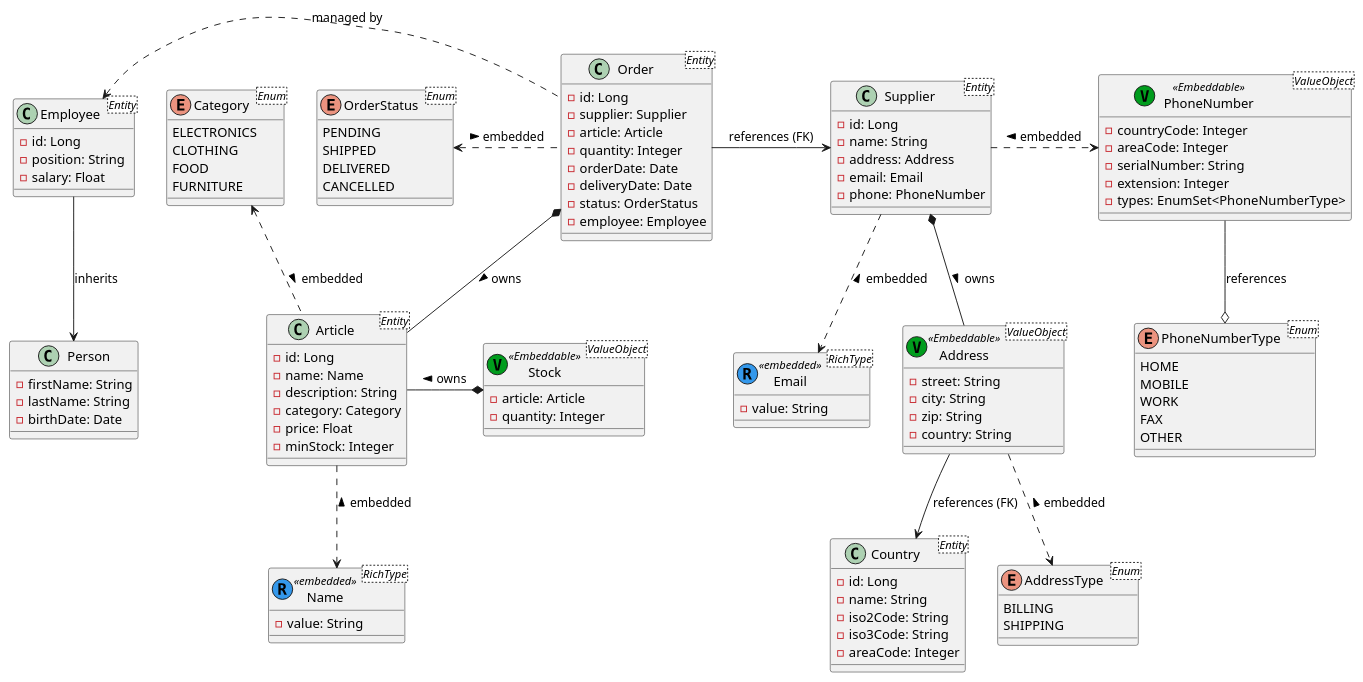
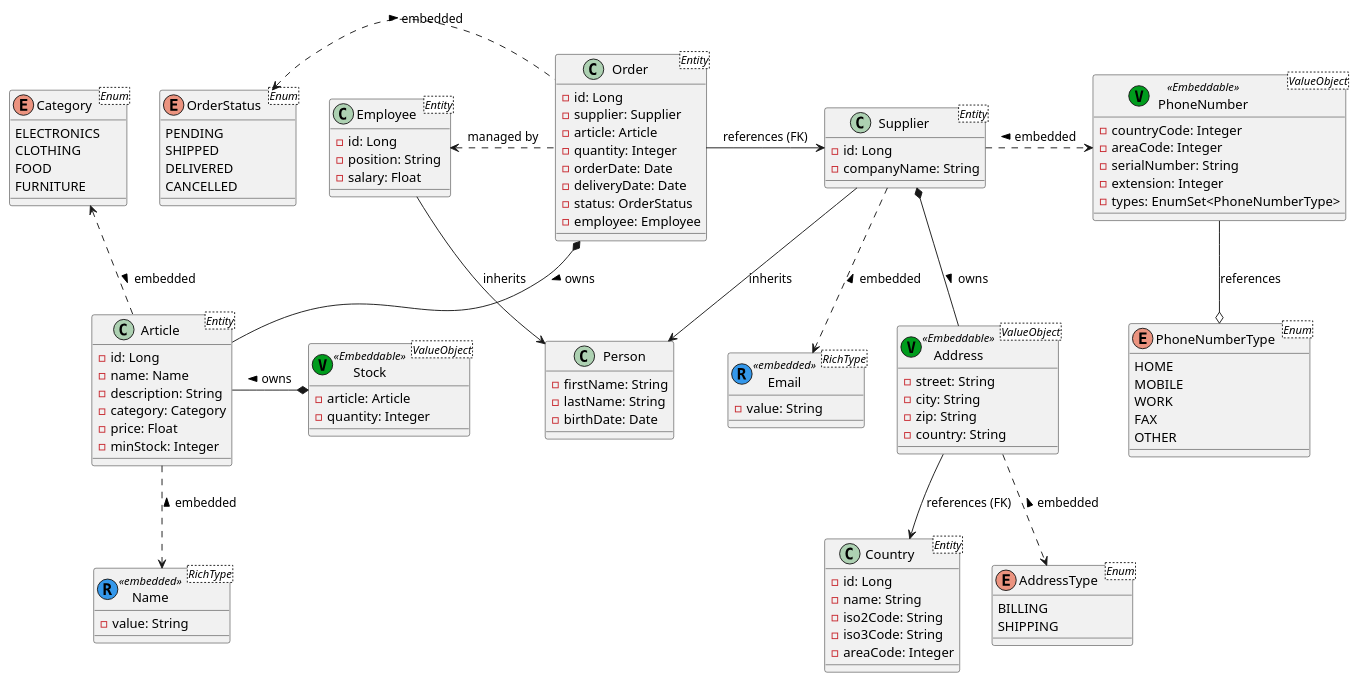
Before and after one commit to vincentkalwoda/InventoryHub: the diagram in src/main/puml/domain-model.puml, drawn with PlantUML. The commit also changed 21 other files, not shown here.

```diff
--- a/src/main/puml/domain-model.puml
+++ b/src/main/puml/domain-model.puml
@@ -1,122 +1,121 @@
 @startuml
 'hide methods
 
 class Article <Entity> {
     - id: Long
     - name: Name
     - description: String
     - category: Category
     - price: Float
     - minStock: Integer
 }
 
 class Stock <ValueObject> <<(V, #009c1d) Embeddable >> {
     - article: Article
     - quantity: Integer
 }
 
 class Supplier <Entity> {
     - id: Long
-    - name: String
-    - address: Address
-    - email: Email
-    - phone: PhoneNumber
+    - companyName: String
+
 }
 
 class Employee <Entity> {
     - id: Long
     - position: String
     - salary: Float
 }
 
 class Person {
     - firstName: String
     - lastName: String
     - birthDate: Date
 }
 
 class Email <RichType> <<(R, #3498eb) embedded >> {
     - value: String
 }
 
 class PhoneNumber <ValueObject> <<(V, #009c1d) Embeddable >> {
     - countryCode: Integer
     - areaCode: Integer
     - serialNumber: String
     - extension: Integer
     - types: EnumSet<PhoneNumberType>
 }
 
 enum PhoneNumberType <Enum> {
     HOME
     MOBILE
     WORK
     FAX
     OTHER
 }
 
 class Address <ValueObject> <<(V, #009c1d) Embeddable >> {
     - street: String
     - city: String
     - zip: String
     - country: String
 }
 
 enum AddressType <Enum> {
     BILLING
     SHIPPING
 }
 
 class Country <Entity> {
     - id: Long
     - name: String
     - iso2Code: String
     - iso3Code: String
     - areaCode: Integer
 }
 
 class Order <Entity> {
     - id: Long
     - supplier: Supplier
     - article: Article
     - quantity: Integer
     - orderDate: Date
     - deliveryDate: Date
     - status: OrderStatus
     - employee: Employee
 }
 
 enum OrderStatus <Enum> {
     PENDING
     SHIPPED
     DELIVERED
     CANCELLED
 }
 
 class Name <RichType> <<(R, #3498eb) embedded >> {
     - value: String
 }
 
 enum Category <Enum> {
     ELECTRONICS
     CLOTHING
     FOOD
     FURNITURE
 }
 
 Employee --> Person : inherits
+Supplier --> Person : inherits
 Article .up.> Category : < embedded
 Article .down.> Name : < embedded
 Stock *-left- Article : > owns
 Order -right-> Supplier : references (FK)
 Order *-- Article : > owns
 Order .left.> OrderStatus : < embedded
 Supplier .down.> Email : < embedded
 Supplier .right.> PhoneNumber : < embedded
 PhoneNumber -down-o PhoneNumberType : references
 Supplier *-down- Address : > owns
 Address -down-> Country : references (FK)
 Address .down.> AddressType : < embedded
 Order .left.> Employee : "managed by"
 
 @enduml
```
